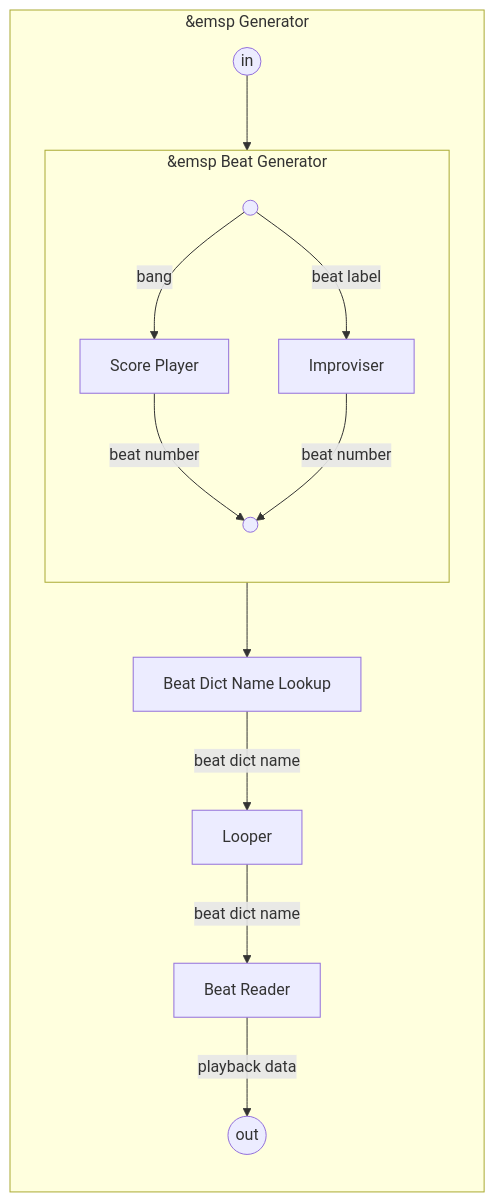
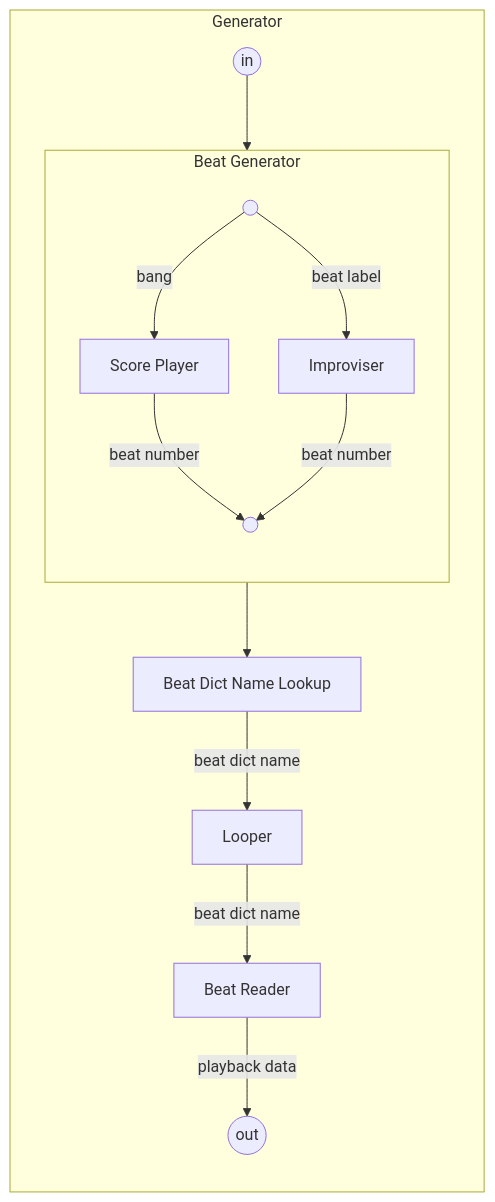
The first of 2 diagrams in content/3_API/5_improvisation/1_generator_components/_index.md (repmus-docs/DjazzDocs), drawn with Mermaid before and after one commit.

Commit message:
still trying to align text in mermaid subgraphs

```diff
--- a/content/3_API/5_improvisation/1_generator_components/_index.md
+++ b/content/3_API/5_improvisation/1_generator_components/_index.md
@@ -9,28 +9,28 @@
 {{<mermaid align="left">}}
 flowchart TB;
 
-subgraph G["&emsp Generator"];
+subgraph G["        Generator"];
 direction TB
 
 in((in))
 out((out))
 
-subgraph BNG["&emsp Beat Generator"];
+subgraph BNG["     Beat Generator"];
 direction TB
     in1(( ))
     scoreplayer[Score Player]
     improviser[Improviser]
     out1(( ))
     in1 -->|bang| scoreplayer -->|beat number| out1
     in1 -->|beat label| improviser -->|beat number| out1
 end
 
 bdnl[Beat Dict Name Lookup]
 loop[Looper]
 br[Beat Reader]
 in -->in1
 out1 -->bdnl -->|beat dict name| loop -->|beat dict name| br -->|playback data| out
 
 end
 
 {{< /mermaid >}}
```
